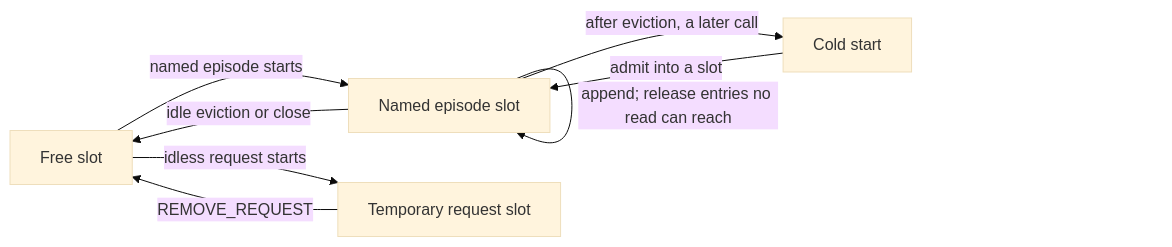
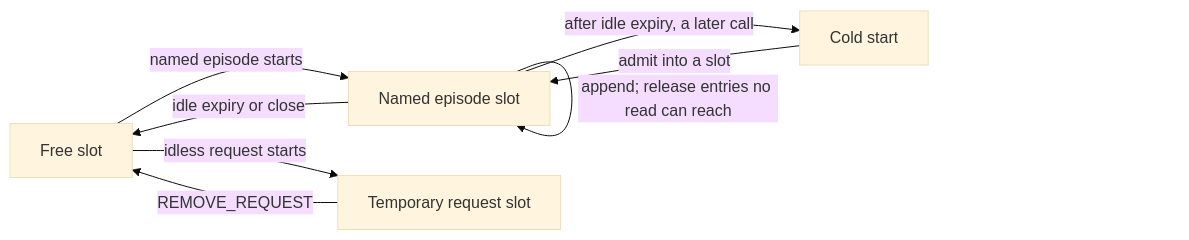
Before and after one commit to mstar-project/mstar: the second of 2 diagrams in docs/design/episode_state.md, drawn with Mermaid (base theme). The commit also changed other lines of this file, not shown here.

````diff
--- a/docs/design/episode_state.md
+++ b/docs/design/episode_state.md
@@ -231,10 +238,10 @@
 ```mermaid
 flowchart LR
     Free[Free slot] -->|named episode starts| Named[Named episode slot]
     Named -->|append; release entries no read can reach| Named
-    Named -->|idle eviction or close| Free
+    Named -->|idle expiry or close| Free
     Free -->|idless request starts| Temp[Temporary request slot]
     Temp -->|REMOVE_REQUEST| Free
-    Named -->|after eviction, a later call| Cold[Cold start]
+    Named -->|after idle expiry, a later call| Cold[Cold start]
     Cold -->|admit into a slot| Named
 ```
````
